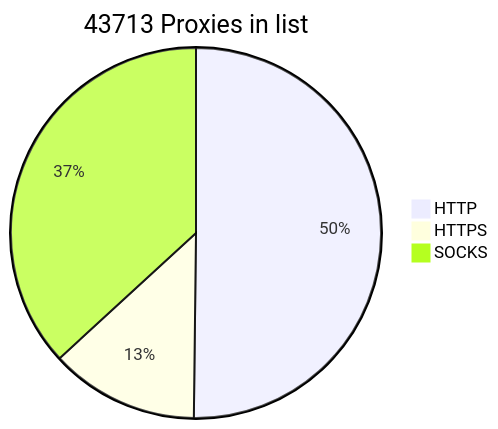
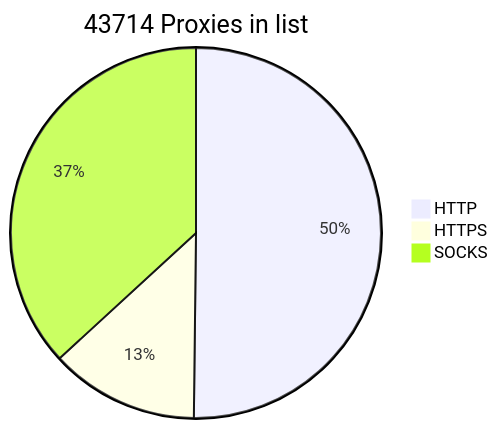
One commit to BlackSnowDot/proxylist-update-every-minute changed the diagram in README.md. Above: the diagram before and after it, drawn with Mermaid.

````diff
--- a/README.md
+++ b/README.md
@@ -2,6 +2,6 @@
 ```mermaid
-pie title 43713 Proxies in list
+pie title 43714 Proxies in list
     "HTTP" : 24435
     "HTTPS": 6324
-    "SOCKS" : 17930
+    "SOCKS" : 17931
 ```
````
